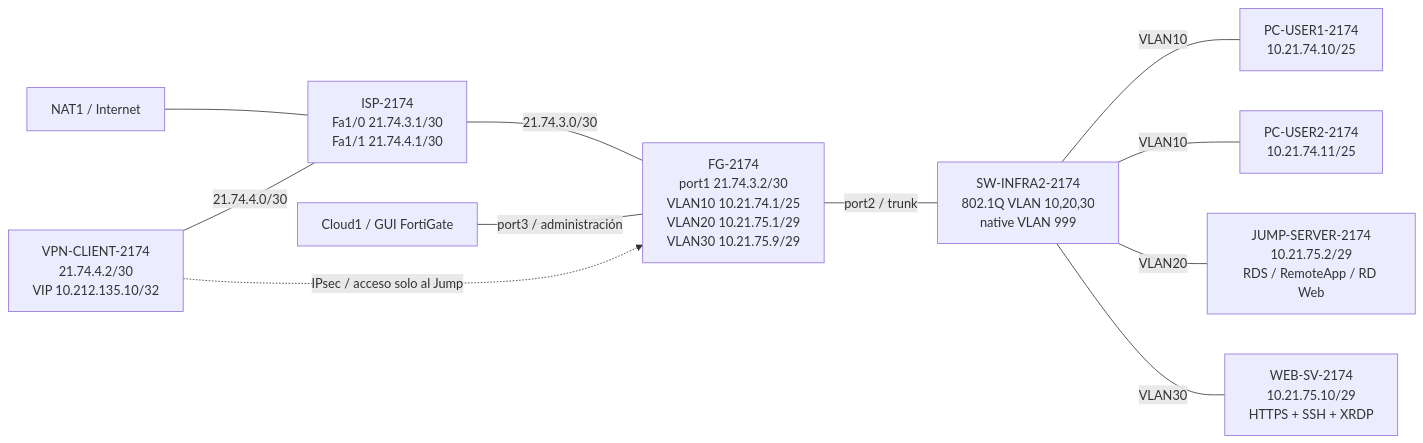
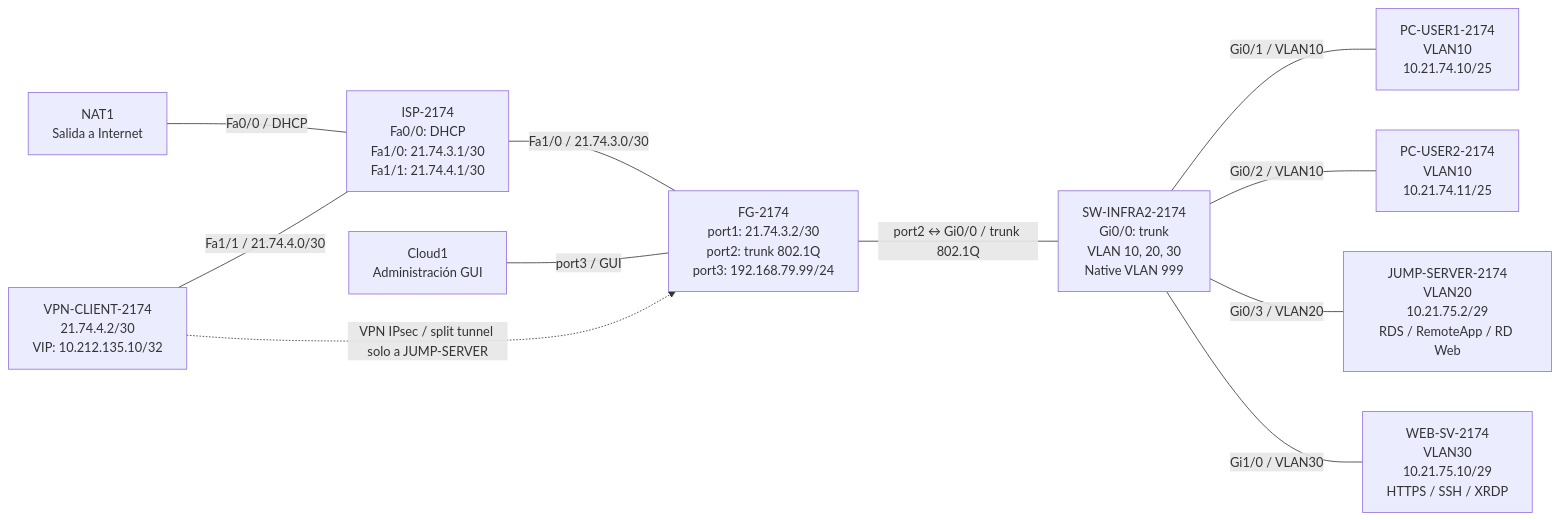
One commit to aalevante06/SR-PRACTICA-3-INFRAESTRUCTURA-2 changed the diagram in README.md. Above: the diagram before and after it, drawn with Mermaid. The commit also changed other lines of this file, not shown here.

````diff
--- a/README.md
+++ b/README.md
@@ -34,24 +34,24 @@
 ```mermaid
 flowchart LR
-    NAT["NAT1 / Internet"]
-    VPNC["VPN-CLIENT-2174<br/>21.74.4.2/30<br/>VIP 10.212.135.10/32"]
-    ISP["ISP-2174<br/>Fa1/0 21.74.3.1/30<br/>Fa1/1 21.74.4.1/30"]
-    FG["FG-2174<br/>port1 21.74.3.2/30<br/>VLAN10 10.21.74.1/25<br/>VLAN20 10.21.75.1/29<br/>VLAN30 10.21.75.9/29"]
-    CLOUD["Cloud1 / GUI FortiGate"]
-    SW["SW-INFRA2-2174<br/>802.1Q VLAN 10,20,30<br/>native VLAN 999"]
-    U1["PC-USER1-2174<br/>10.21.74.10/25"]
-    U2["PC-USER2-2174<br/>10.21.74.11/25"]
-    JUMP["JUMP-SERVER-2174<br/>10.21.75.2/29<br/>RDS / RemoteApp / RD Web"]
-    WEB["WEB-SV-2174<br/>10.21.75.10/29<br/>HTTPS + SSH + XRDP"]
+    NAT["NAT1<br/>Salida a Internet"]
+    ISP["ISP-2174<br/>Fa0/0: DHCP<br/>Fa1/0: 21.74.3.1/30<br/>Fa1/1: 21.74.4.1/30"]
+    VPNC["VPN-CLIENT-2174<br/>21.74.4.2/30<br/>VIP: 10.212.135.10/32"]
+    FG["FG-2174<br/>port1: 21.74.3.2/30<br/>port2: trunk 802.1Q<br/>port3: 192.168.79.99/24"]
+    CLOUD["Cloud1<br/>Administración GUI"]
+    SW["SW-INFRA2-2174<br/>Gi0/0: trunk<br/>VLAN 10, 20, 30<br/>Native VLAN 999"]
+    U1["PC-USER1-2174<br/>VLAN10<br/>10.21.74.10/25"]
+    U2["PC-USER2-2174<br/>VLAN10<br/>10.21.74.11/25"]
+    JUMP["JUMP-SERVER-2174<br/>VLAN20<br/>10.21.75.2/29<br/>RDS / RemoteApp / RD Web"]
+    WEB["WEB-SV-2174<br/>VLAN30<br/>10.21.75.10/29<br/>HTTPS / SSH / XRDP"]
 
-    NAT --- ISP
-    VPNC ---|"21.74.4.0/30"| ISP
-    ISP ---|"21.74.3.0/30"| FG
-    CLOUD ---|"port3 / administración"| FG
-    FG ---|"port2 / trunk"| SW
-    SW ---|"VLAN10"| U1
-    SW ---|"VLAN10"| U2
-    SW ---|"VLAN20"| JUMP
-    SW ---|"VLAN30"| WEB
-    VPNC -. "IPsec / acceso solo al Jump" .-> FG
+    NAT ---|"Fa0/0 / DHCP"| ISP
+    VPNC ---|"Fa1/1 / 21.74.4.0/30"| ISP
+    ISP ---|"Fa1/0 / 21.74.3.0/30"| FG
+    CLOUD ---|"port3 / GUI"| FG
+    FG ---|"port2 ↔ Gi0/0 / trunk 802.1Q"| SW
+    SW ---|"Gi0/1 / VLAN10"| U1
+    SW ---|"Gi0/2 / VLAN10"| U2
+    SW ---|"Gi0/3 / VLAN20"| JUMP
+    SW ---|"Gi1/0 / VLAN30"| WEB
+    VPNC -. "VPN IPsec / split tunnel solo a JUMP-SERVER" .-> FG
 ```
````
